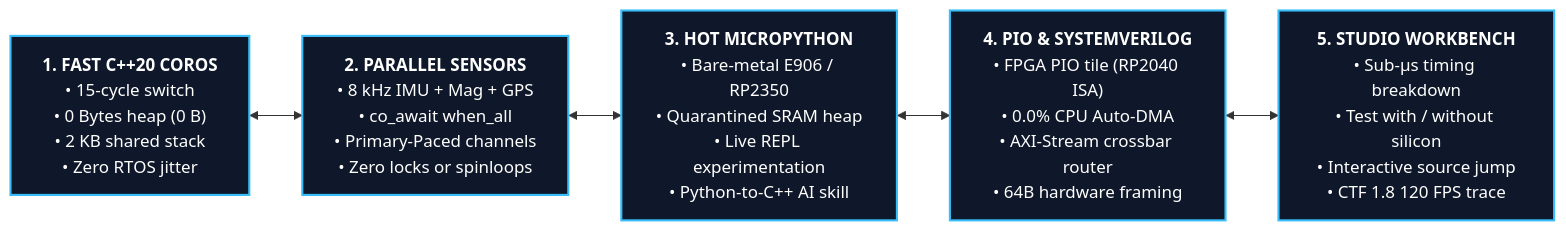
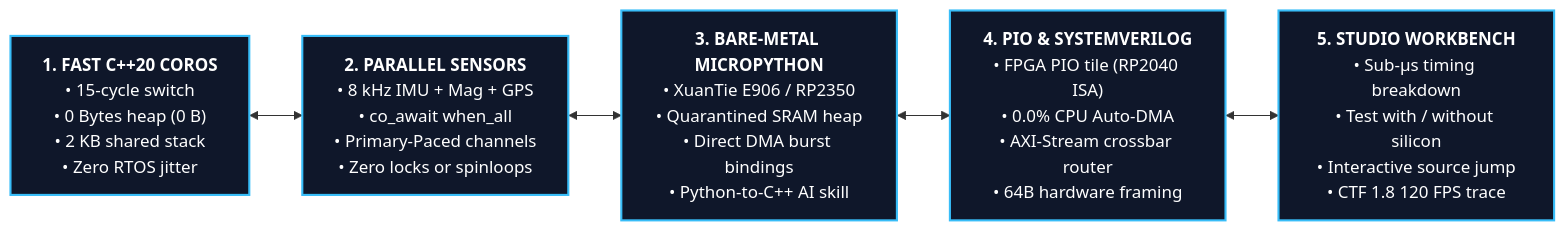
The diagram in README.md (tcmichals/AbstractX), drawn with Mermaid before and after one commit. The commit also changed other lines of this file and 2 other files, not shown here.

````diff
--- a/README.md
+++ b/README.md
@@ -40,12 +40,12 @@
 ```mermaid
 flowchart LR
     A["<b>1. FAST C++20 COROS</b><br/>• 15-cycle switch<br/>• 0 Bytes heap (0 B)<br/>• 2 KB shared stack<br/>• Zero RTOS jitter"]
     B["<b>2. PARALLEL SENSORS</b><br/>• 8 kHz IMU + Mag + GPS<br/>• co_await when_all<br/>• Primary-Paced channels<br/>• Zero locks or spinloops"]
-    C["<b>3. HOT MICROPYTHON</b><br/>• Bare-metal E906 / RP2350<br/>• Quarantined SRAM heap<br/>• Live REPL experimentation<br/>• Python-to-C++ AI skill"]
+    C["<b>3. BARE-METAL MICROPYTHON</b><br/>• XuanTie E906 / RP2350<br/>• Quarantined SRAM heap<br/>• Direct DMA burst bindings<br/>• Python-to-C++ AI skill"]
     D["<b>4. PIO & SYSTEMVERILOG</b><br/>• FPGA PIO tile (RP2040 ISA)<br/>• 0.0% CPU Auto-DMA<br/>• AXI-Stream crossbar router<br/>• 64B hardware framing"]
     E["<b>5. STUDIO WORKBENCH</b><br/>• Sub-µs timing breakdown<br/>• Test with / without silicon<br/>• Interactive source jump<br/>• CTF 1.8 120 FPS trace"]
 
     A <--> B <--> C <--> D <--> E
     classDef col fill:#0f172a,stroke:#38bdf8,stroke-width:2px,color:#ffffff;
     class A,B,C,D,E col;
 ```
````
